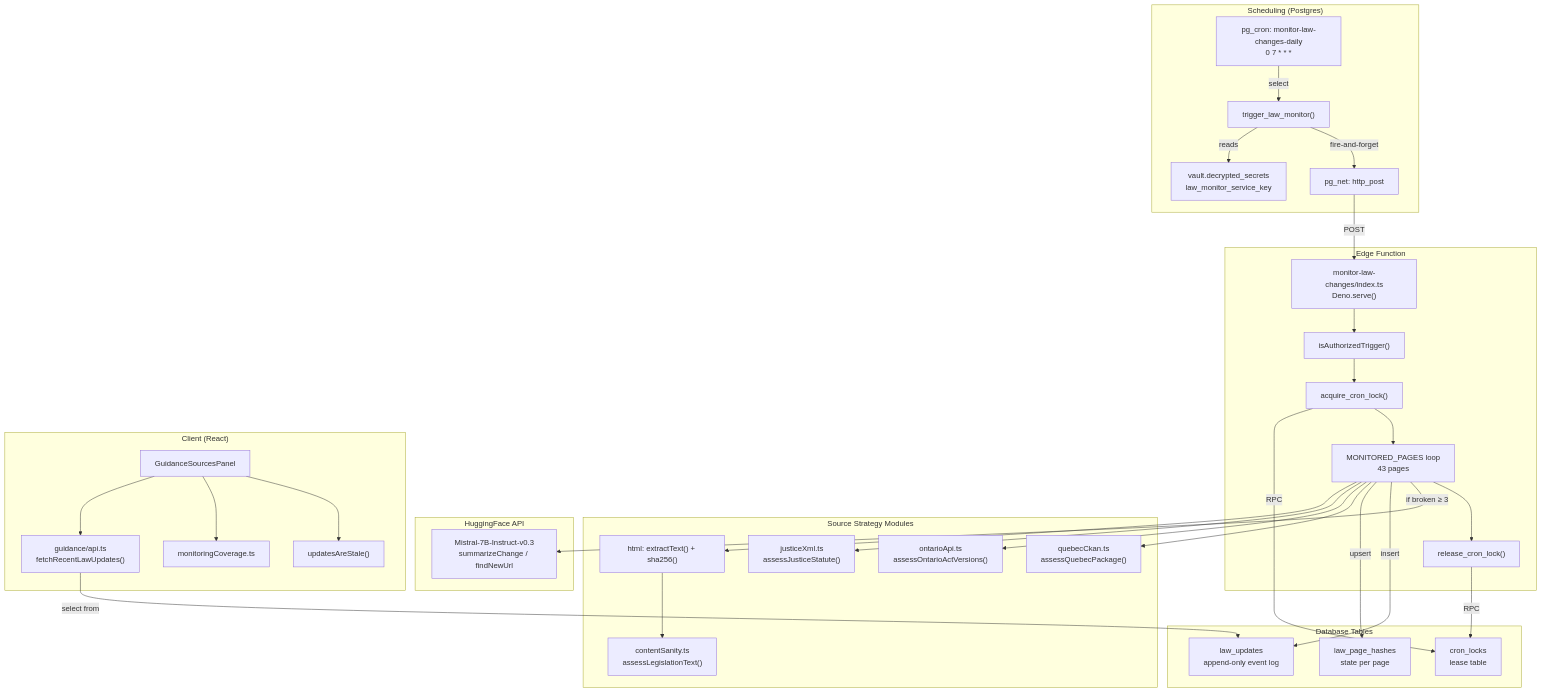
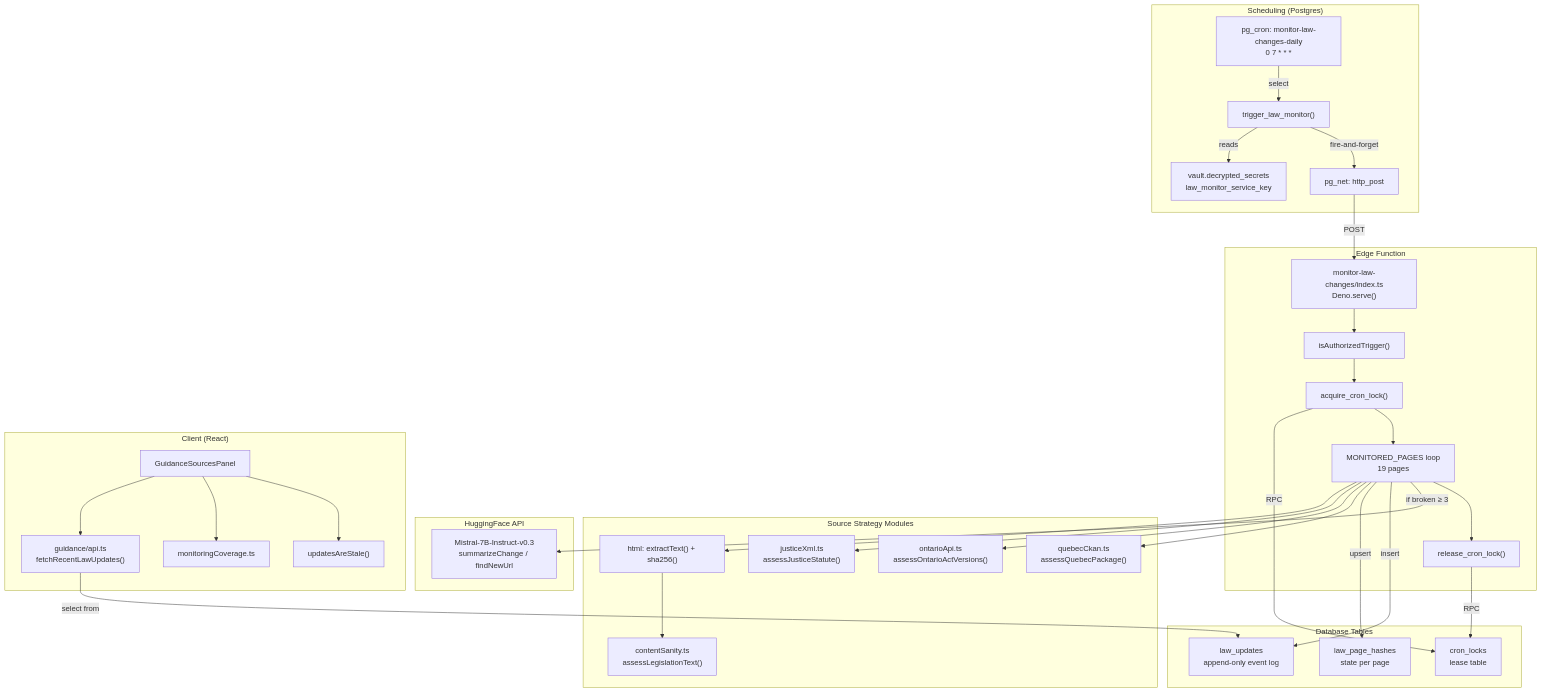
One commit to Dutiva-Canada/Dutiva_Web changed the first of 4 diagrams in docs/wiki/Law-Change-Monitor.md. Above: the diagram before and after it, drawn with Mermaid. The commit also changed other lines of this file and 590 other files, not shown here.

````diff
--- a/docs/wiki/Law-Change-Monitor.md
+++ b/docs/wiki/Law-Change-Monitor.md
@@ -52,65 +52,65 @@
 ```mermaid
 graph TD
     subgraph "Scheduling (Postgres)"
         pgcron["pg_cron: monitor-law-changes-daily\n0 7 * * *"]
         trigfn["trigger_law_monitor()"]
         vault["vault.decrypted_secrets\nlaw_monitor_service_key"]
         pgnet["pg_net: http_post"]
     end
 
     subgraph "Edge Function"
         ef["monitor-law-changes/index.ts\nDeno.serve()"]
         auth["isAuthorizedTrigger()"]
         lock["acquire_cron_lock()"]
-        sweep["MONITORED_PAGES loop\n43 pages"]
+        sweep["MONITORED_PAGES loop\n19 pages"]
         unlock["release_cron_lock()"]
     end
 
     subgraph "Source Strategy Modules"
         html["html: extractText() + sha256()"]
         jxml["justiceXml.ts\nassessJusticeStatute()"]
         oapi["ontarioApi.ts\nassessOntarioActVersions()"]
         qckan["quebecCkan.ts\nassessQuebecPackage()"]
         sanity["contentSanity.ts\nassessLegislationText()"]
     end
 
     subgraph "Database Tables"
         hashes["law_page_hashes\nstate per page"]
         updates["law_updates\nappend-only event log"]
         locks["cron_locks\nlease table"]
     end
 
     subgraph "HuggingFace API"
         hf["Mistral-7B-Instruct-v0.3\nsummarizeChange / findNewUrl"]
     end
 
     subgraph "Client (React)"
         panel["GuidanceSourcesPanel"]
         api["guidance/api.ts\nfetchRecentLawUpdates()"]
         coverage["monitoringCoverage.ts"]
         stale["updatesAreStale()"]
     end
 
     pgcron -->|"select"| trigfn
     trigfn -->|"reads"| vault
     trigfn -->|"fire-and-forget"| pgnet
     pgnet -->|"POST"| ef
     ef --> auth
     auth --> lock
     lock -->|"RPC"| locks
     lock --> sweep
     sweep --> html
     sweep --> jxml
     sweep --> oapi
     sweep --> qckan
     html --> sanity
     sweep -->|"upsert"| hashes
     sweep -->|"insert"| updates
     sweep -->|"if broken ≥ 3"| hf
     sweep --> unlock
     unlock -->|"RPC"| locks
     panel --> api
     api -->|"select from"| updates
     panel --> coverage
     panel --> stale
 ```
````
